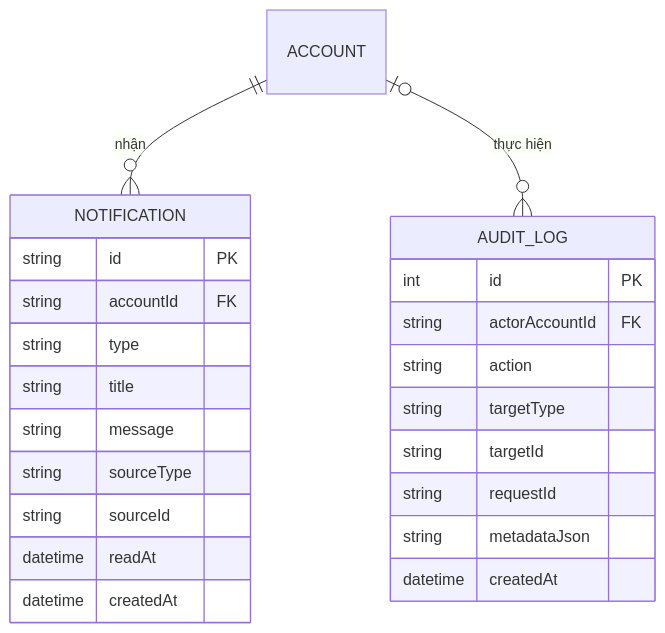
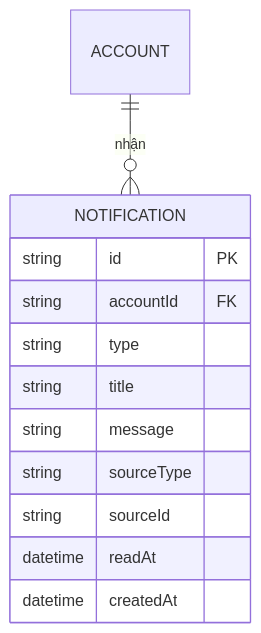
Before and after one commit to MINHDZVODICH/ctv-manage: the third of 3 diagrams in docs/DATABASE.md, drawn with Mermaid. The commit also changed other lines of this file and 89 other files, not shown here.

````diff
--- a/docs/DATABASE.md
+++ b/docs/DATABASE.md
@@ -176,28 +176,17 @@
 ```mermaid
 erDiagram
     ACCOUNT ||--o{ NOTIFICATION : "nhận"
-    ACCOUNT o|--o{ AUDIT_LOG : "thực hiện"
 
     NOTIFICATION {
         string id PK
         string accountId FK
         string type
         string title
         string message
         string sourceType
         string sourceId
         datetime readAt
         datetime createdAt
     }
 
-    AUDIT_LOG {
-        int id PK
-        string actorAccountId FK
-        string action
-        string targetType
-        string targetId
-        string requestId
-        string metadataJson
-        datetime createdAt
-    }
 ```
````
